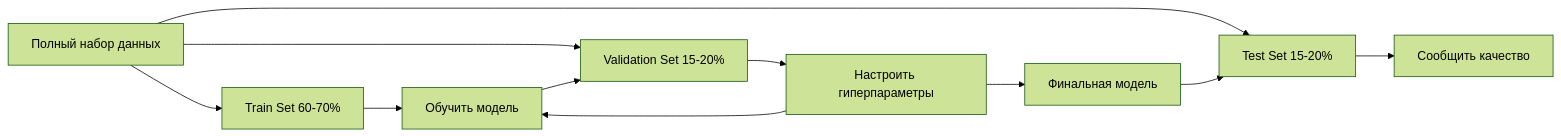
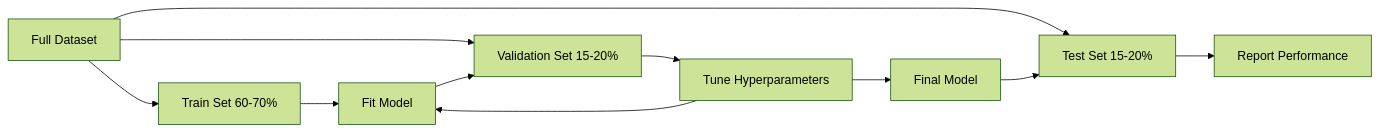
One commit to stabuev/ai-engineering-from-scratch changed the first of 2 diagrams in phases/02-ml-fundamentals/09-model-evaluation/docs/ru.md. Above: the diagram before and after it, drawn with Mermaid (forest theme). The commit also changed other lines of this file and 182 other files, not shown here.

````diff
--- a/phases/02-ml-fundamentals/09-model-evaluation/docs/ru.md
+++ b/phases/02-ml-fundamentals/09-model-evaluation/docs/ru.md
@@ -29,13 +29,13 @@
 ```mermaid
 flowchart LR
-    A[Полный набор данных] --> B[Train Set 60-70%]
+    A[Full Dataset] --> B[Train Set 60-70%]
     A --> C[Validation Set 15-20%]
     A --> D[Test Set 15-20%]
-    B --> E[Обучить модель]
+    B --> E[Fit Model]
     E --> C
-    C --> F[Настроить гиперпараметры]
+    C --> F[Tune Hyperparameters]
     F --> E
-    F --> G[Финальная модель]
+    F --> G[Final Model]
     G --> D
-    D --> H[Сообщить качество]
+    D --> H[Report Performance]
 ```
````
